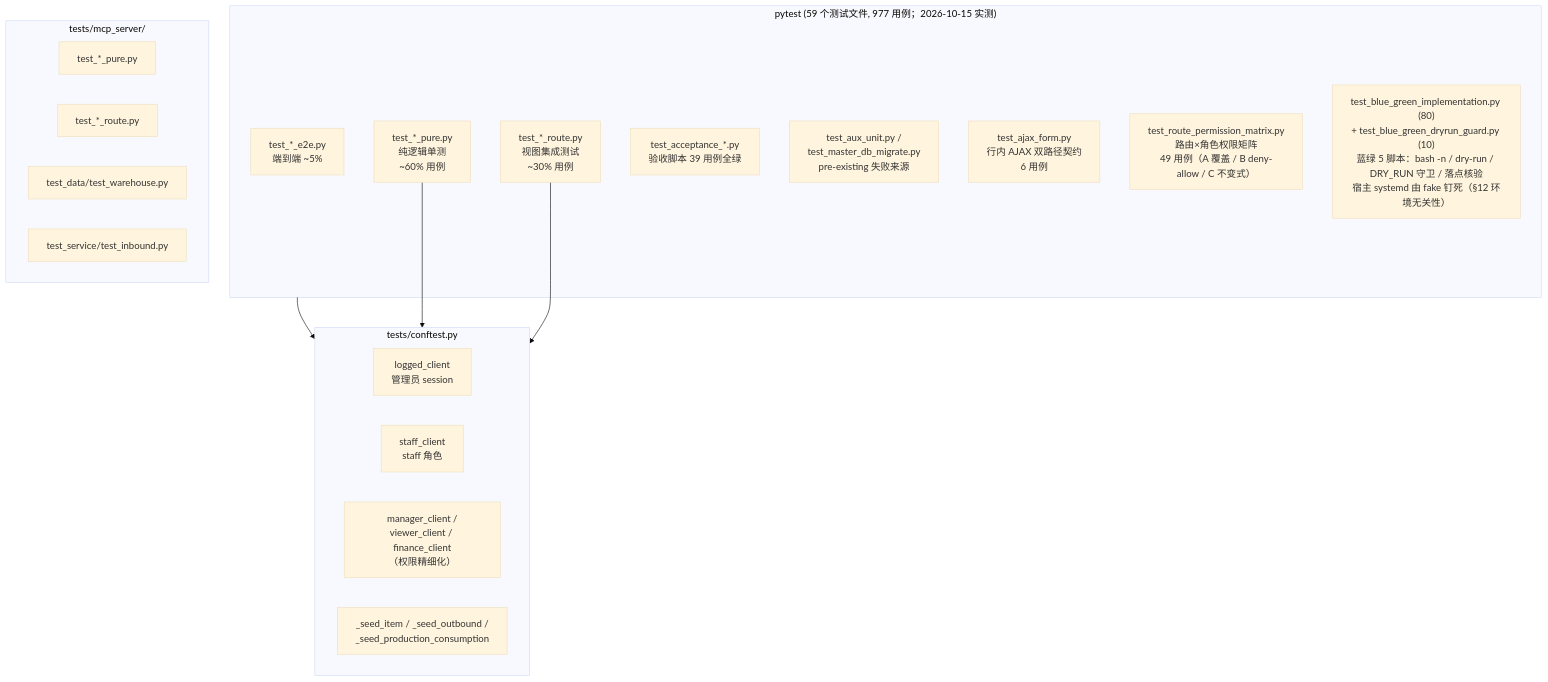
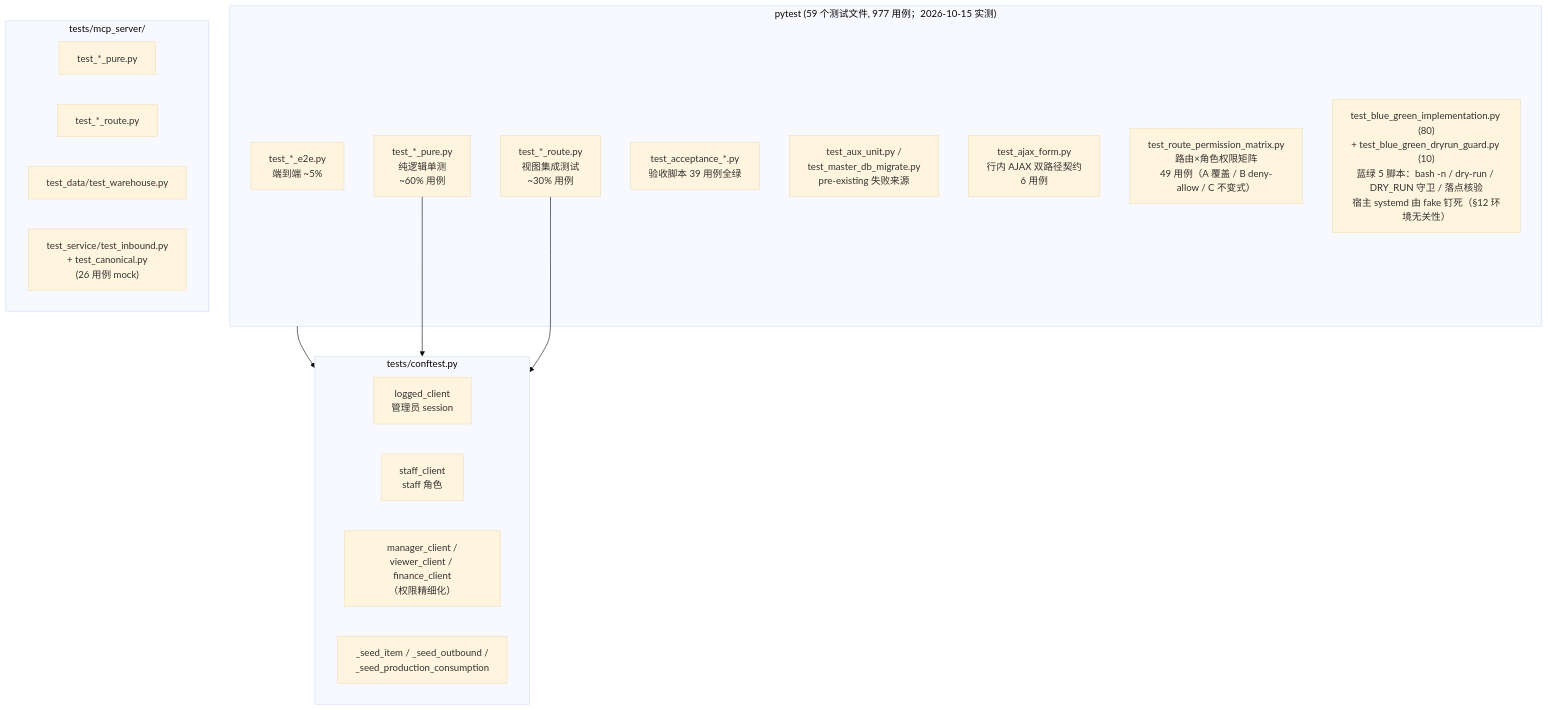
Diagram 17 of 17 in docs/ARCHITECTURE.md (ericmr1981/DailyCheck), drawn with Mermaid (base theme) before and after one commit. The commit also changed other lines of this file and 5 other files, not shown here.

````diff
--- a/docs/ARCHITECTURE.md
+++ b/docs/ARCHITECTURE.md
@@ -1019,31 +1032,31 @@
 ```mermaid
 flowchart TB
     subgraph Pytest["pytest (59 个测试文件, 977 用例；2026-10-15 实测)"]
         Pure["test_*_pure.py<br/>纯逻辑单测<br/>~60% 用例"]
         Route["test_*_route.py<br/>视图集成测试<br/>~30% 用例"]
         E2E["test_*_e2e.py<br/>端到端 ~5%"]
         Acceptance["test_acceptance_*.py<br/>验收脚本 39 用例全绿"]
         Aux["test_aux_unit.py /<br/>test_master_db_migrate.py<br/>pre-existing 失败来源"]
         Ajax["test_ajax_form.py<br/>行内 AJAX 双路径契约<br/>6 用例"]
         Perm["test_route_permission_matrix.py<br/>路由×角色权限矩阵<br/>49 用例（A 覆盖 / B deny-allow / C 不变式）"]
         BlueGreen["test_blue_green_implementation.py (80)<br/>+ test_blue_green_dryrun_guard.py (10)<br/>蓝绿 5 脚本：bash -n / dry-run / DRY_RUN 守卫 / 落点核验<br/>宿主 systemd 由 fake 钉死（§12 环境无关性）"]
     end
 
     subgraph Conftest["tests/conftest.py"]
         LoggedClient["logged_client<br/>管理员 session"]
         StaffClient["staff_client<br/>staff 角色"]
         RoleClients["manager_client /<br/>viewer_client / finance_client<br/>（权限精细化）"]
         SeedHelpers["_seed_item / _seed_outbound /<br/>_seed_production_consumption"]
     end
 
     subgraph MCPTest["tests/mcp_server/"]
         MCPPure["test_*_pure.py"]
         MCPRoute["test_*_route.py"]
         MCPData["test_data/test_warehouse.py"]
-        MCPService["test_service/test_inbound.py"]
+        MCPService["test_service/test_inbound.py<br/>+ test_canonical.py<br/>(26 用例 mock)"]
     end
 
     Pytest --> Conftest
     Pure --> Conftest
     Route --> Conftest
 ```
````
